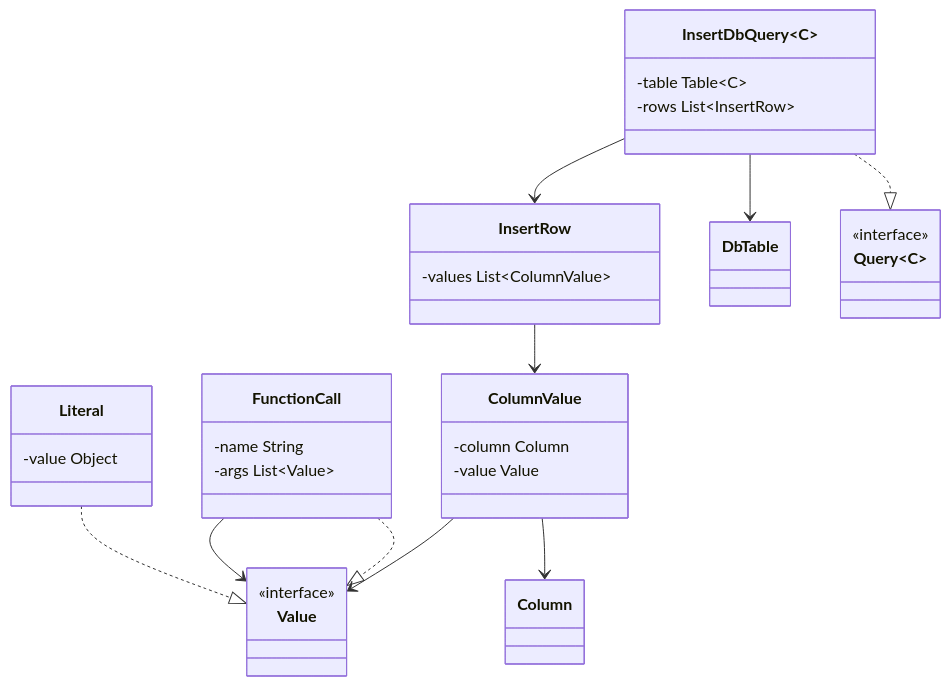
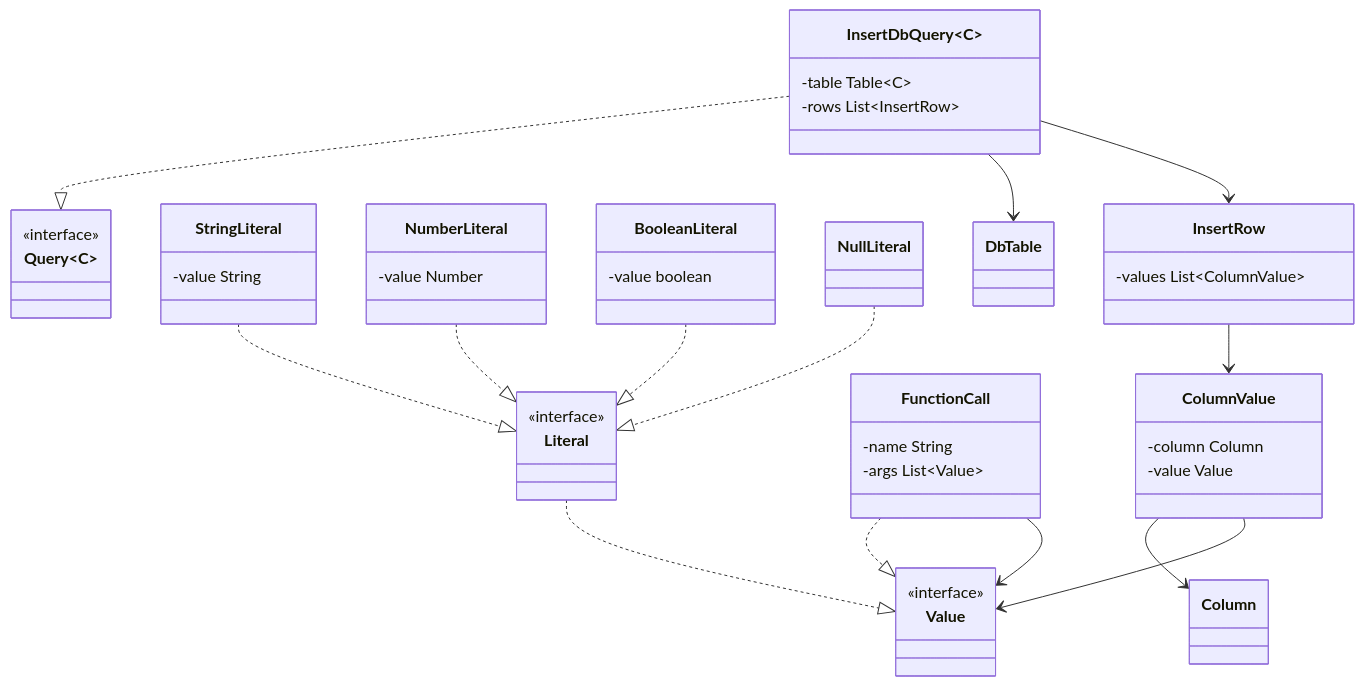
One commit to safarislava/QueryBricks changed the seventh of 7 diagrams in docs/domain.md. Above: the diagram before and after it, drawn with Mermaid. The commit also changed other lines of this file, not shown here.

Commit message:
docs: Fix literal typing

````diff
--- a/docs/domain.md
+++ b/docs/domain.md
@@ -157,42 +157,60 @@
 ```mermaid
 classDiagram
     class Query~C~ {
         <<interface>>
     }
 
     class Value {
         <<interface>>
     }
 
     class Literal {
-        -value Object
+        <<interface>>
     }
     Literal ..|> Value
+
+    class StringLiteral {
+        -value String
+    }
+    StringLiteral ..|> Literal
+
+    class NumberLiteral {
+        -value Number
+    }
+    NumberLiteral ..|> Literal
+
+    class BooleanLiteral {
+        -value boolean
+    }
+    BooleanLiteral ..|> Literal
+
+    class NullLiteral
+    NullLiteral ..|> Literal
 
     class FunctionCall {
         -name String
         -args List~Value~
     }
     FunctionCall ..|> Value
     FunctionCall --> Value
 
     class ColumnValue {
         -column Column
         -value Value
     }
     ColumnValue --> Column
     ColumnValue --> Value
 
     class InsertRow {
         -values List~ColumnValue~
     }
     InsertRow --> ColumnValue
 
     class InsertDbQuery~C~ {
         -table Table~C~
         -rows List~InsertRow~
     }
     InsertDbQuery ..|> Query
     InsertDbQuery --> DbTable
     InsertDbQuery --> InsertRow
 ```
````
